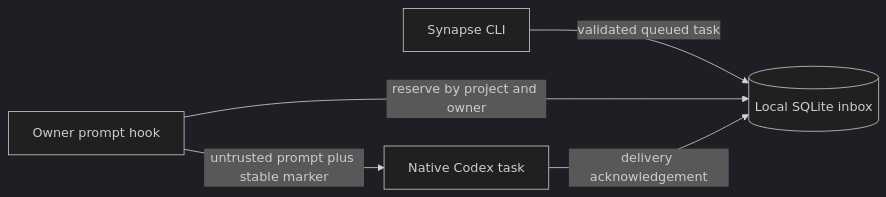
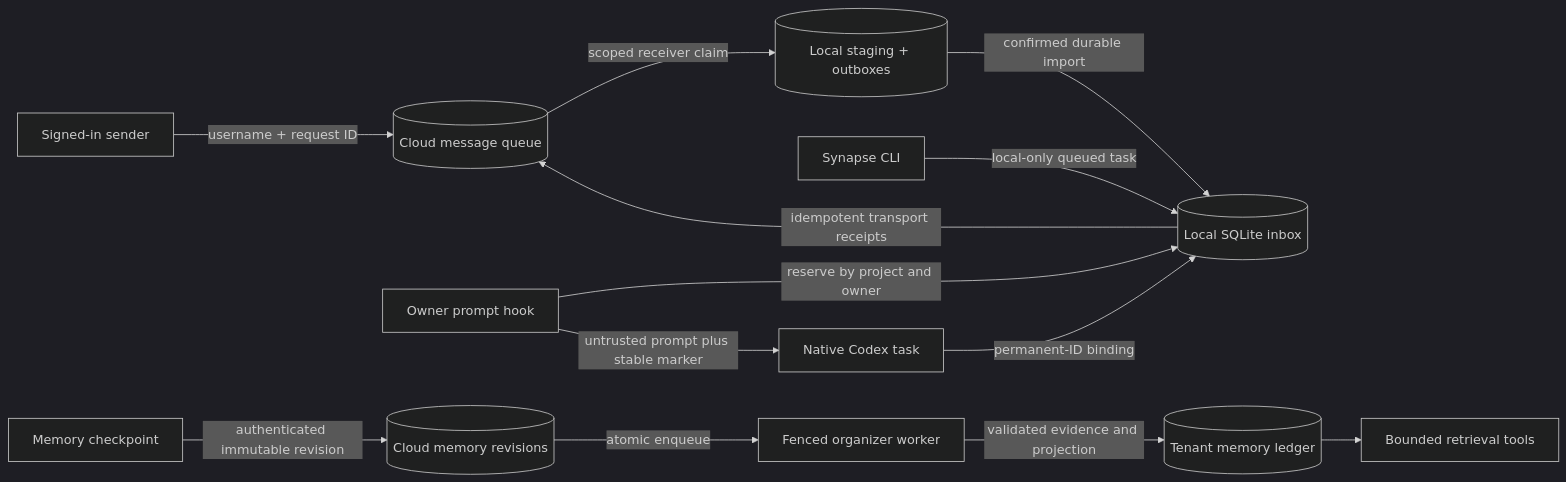
One commit to manavm12/synapse changed the diagram in docs/architecture.md. Above: the diagram before and after it, drawn with Mermaid (dark theme). The commit also changed other lines of this file and 2 other files, not shown here.

Commit message:
Document unified product flows and secure queue connections

````diff
--- a/docs/architecture.md
+++ b/docs/architecture.md
@@ -5,7 +5,15 @@
 ```mermaid
 flowchart LR
-  CLI[Synapse CLI] -->|validated queued task| DB[(Local SQLite inbox)]
+  Sender[Signed-in sender] -->|username + request ID| Cloud[(Cloud message queue)]
+  Cloud -->|scoped receiver claim| Stage[(Local staging + outboxes)]
+  Stage -->|confirmed durable import| DB[(Local SQLite inbox)]
+  CLI[Synapse CLI] -->|local-only queued task| DB
   Hook[Owner prompt hook] -->|reserve by project and owner| DB
   Hook -->|untrusted prompt plus stable marker| Task[Native Codex task]
-  Task -->|delivery acknowledgement| DB
+  Task -->|permanent-ID binding| DB
+  DB -->|idempotent transport receipts| Cloud
+  Capture[Memory checkpoint] -->|authenticated immutable revision| Revisions[(Cloud memory revisions)]
+  Revisions -->|atomic enqueue| Worker[Fenced organizer worker]
+  Worker -->|validated evidence and projection| Ledger[(Tenant memory ledger)]
+  Ledger --> Retrieval[Bounded retrieval tools]
 ```
````
